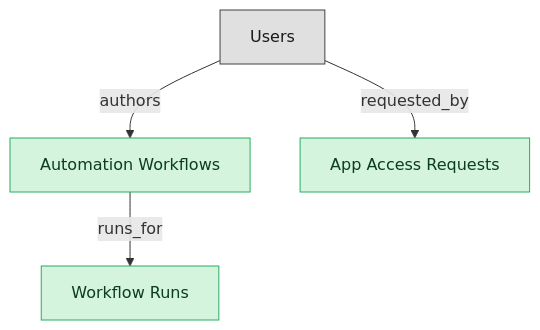
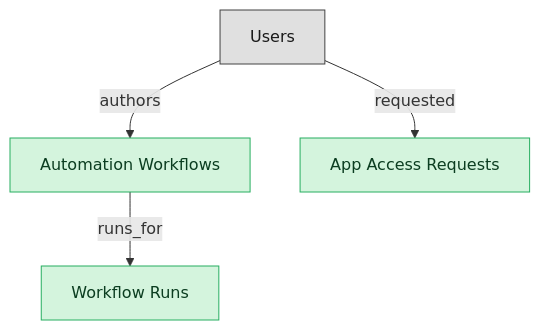
Before and after one commit to IntranetFactory/domain-map: the diagram in catalog/blueprints/smp-automation-semantic-blueprint.md, drawn with Mermaid. The commit also changed other lines of this file and 122 other files, not shown here.

````diff
--- a/catalog/blueprints/smp-automation-semantic-blueprint.md
+++ b/catalog/blueprints/smp-automation-semantic-blueprint.md
@@ -32,16 +33,16 @@
 ```mermaid
 flowchart TD
   classDef master fill:#d4f4dd,stroke:#27ae60,color:#0b3d20;
   classDef platform_builtin fill:#e0e0e0,stroke:#424242,color:#1a1a1a;
   smp_automation_workflows["Automation Workflows"]
+  smp_workflow_runs["Workflow Runs"]
   smp_app_requests["App Access Requests"]
-  smp_workflow_runs["Workflow Runs"]
   users["Users"]
   smp_automation_workflows -->|"runs_for"| smp_workflow_runs
-  users -->|"requested_by"| smp_app_requests
+  users -->|"requested"| smp_app_requests
   users -->|"authors"| smp_automation_workflows
   class smp_automation_workflows master;
+  class smp_workflow_runs master;
   class smp_app_requests master;
-  class smp_workflow_runs master;
   class users platform_builtin;
 ```
````
